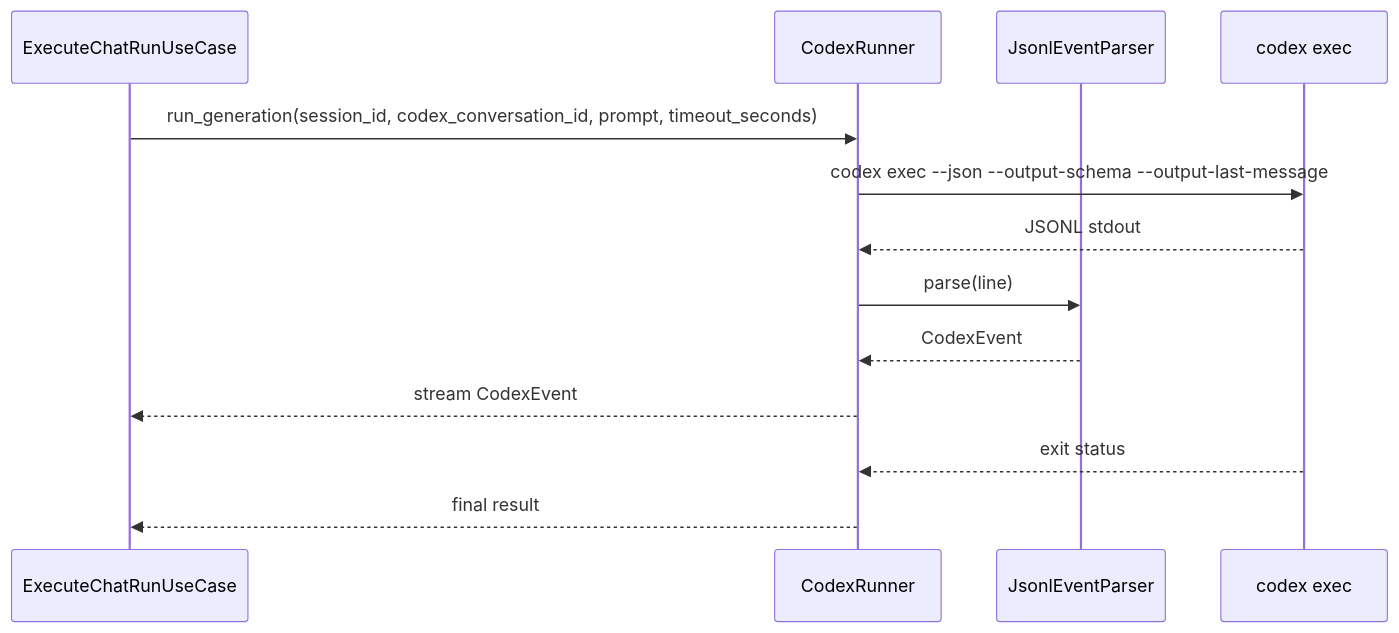
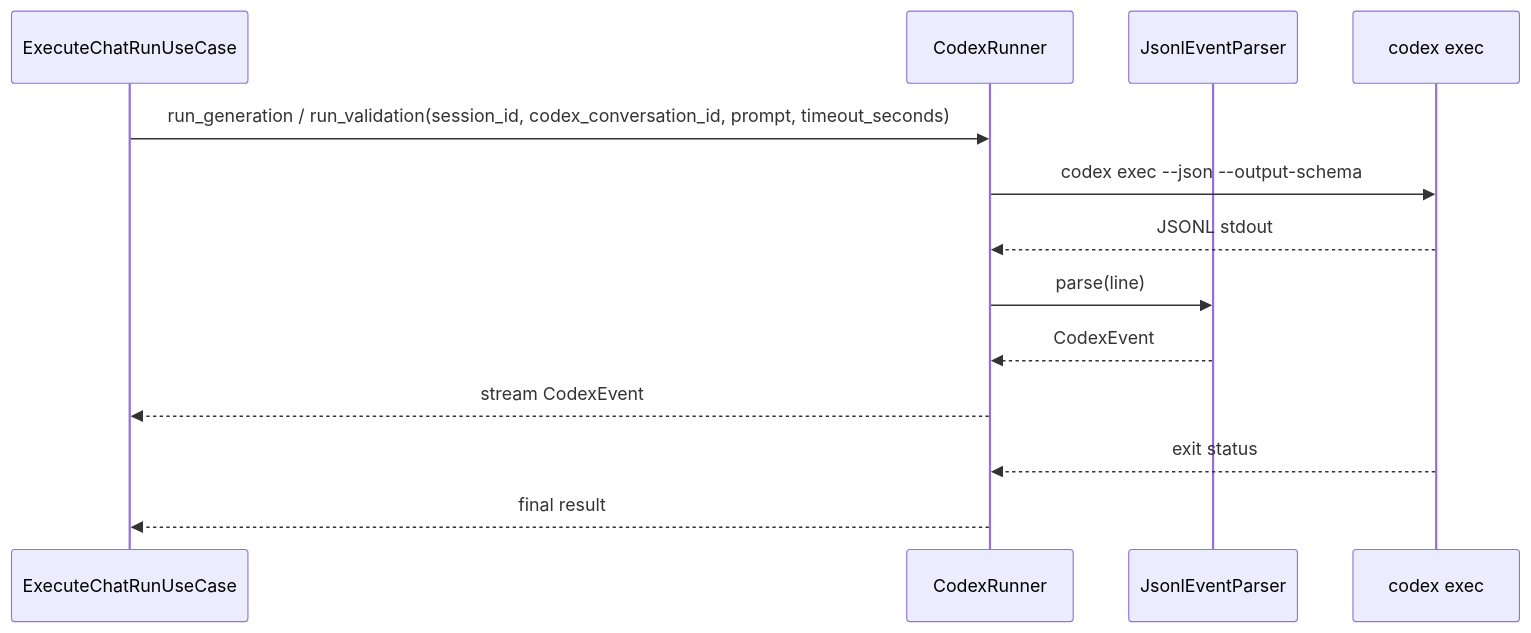
Before and after one commit to mincsys/D-Concierge: the diagram in docs/03_内部設計/03_内部IF設計/Codex実行IF.md, drawn with Mermaid. The commit also changed other lines of this file and 216 other files, not shown here.

````diff
--- a/docs/03_内部設計/03_内部IF設計/Codex実行IF.md
+++ b/docs/03_内部設計/03_内部IF設計/Codex実行IF.md
@@ -28,16 +28,16 @@
 ```mermaid
 sequenceDiagram
     participant usecase as ExecuteChatRunUseCase
     participant runner as CodexRunner
     participant parser as JsonlEventParser
     participant codex as codex exec
 
-    usecase->>runner: run_generation(session_id, codex_conversation_id, prompt, timeout_seconds)
-    runner->>codex: codex exec --json --output-schema --output-last-message
+    usecase->>runner: run_generation / run_validation(session_id, codex_conversation_id, prompt, timeout_seconds)
+    runner->>codex: codex exec --json --output-schema
     codex-->>runner: JSONL stdout
     runner->>parser: parse(line)
     parser-->>runner: CodexEvent
     runner-->>usecase: stream CodexEvent
     codex-->>runner: exit status
     runner-->>usecase: final result
 ```
````
